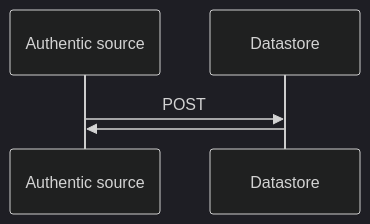
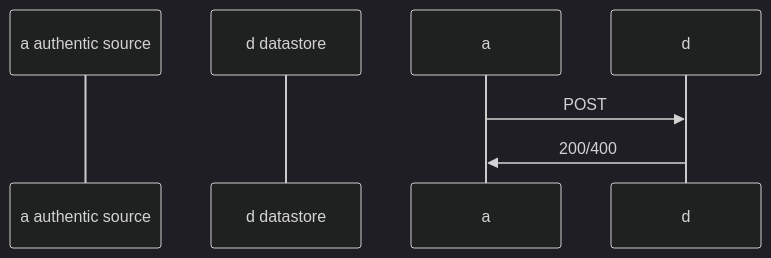
One commit to dc4eu/vc changed the second of 8 diagrams in standards/apiv21.md. Above: the diagram before and after it, drawn with Mermaid (dark theme). The commit also changed other lines of this file, not shown here.

Commit message:
Add aliases in mermaid.

````diff
--- a/standards/apiv21.md
+++ b/standards/apiv21.md
@@ -102,5 +105,7 @@
 ```mermaid
 sequenceDiagram;
-    Authentic source->>Datastore: POST;
-    Datastore->>Authentic source: ; 
+    participant a authentic source
+    participant d datastore
+    a->>d: POST;
+    d->>a: 200/400 ; 
 ```
````
